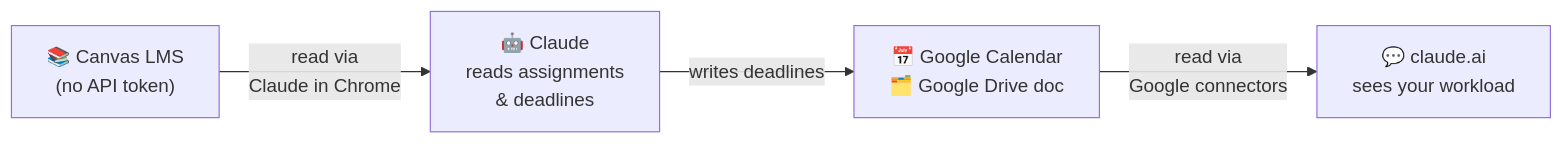
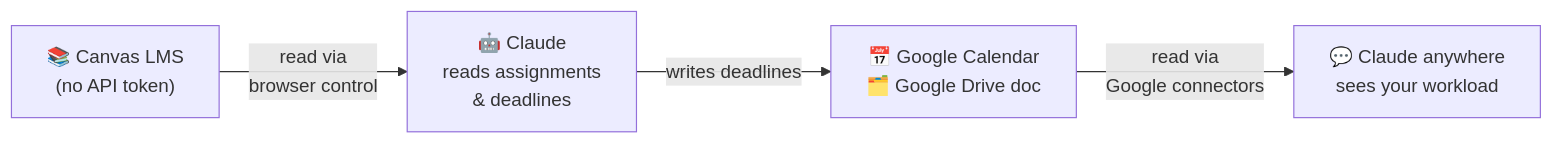
One commit to Minirandomdonut/canvas-review-blueprint changed the diagram in README.md. Above: the diagram before and after it, drawn with Mermaid. The commit also changed other lines of this file and 21 other files, not shown here.

````diff
--- a/README.md
+++ b/README.md
@@ -18,6 +89,6 @@
 ```mermaid
 flowchart LR
-    A["📚 Canvas LMS<br/>(no API token)"] -->|"read via<br/>Claude in Chrome"| B["🤖 Claude<br/>reads assignments<br/>&amp; deadlines"]
+    A["📚 Canvas LMS<br/>(no API token)"] -->|"read via<br/>browser control"| B["🤖 Claude<br/>reads assignments<br/>&amp; deadlines"]
     B -->|"writes deadlines"| C["📅 Google Calendar<br/>🗂️ Google Drive doc"]
-    C -->|"read via<br/>Google connectors"| D["💬 claude.ai<br/>sees your workload"]
+    C -->|"read via<br/>Google connectors"| D["💬 Claude anywhere<br/>sees your workload"]
 ```
````
